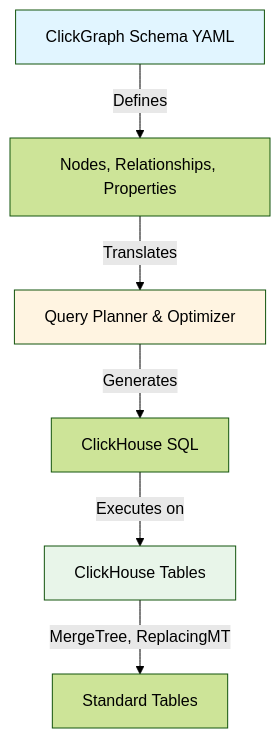
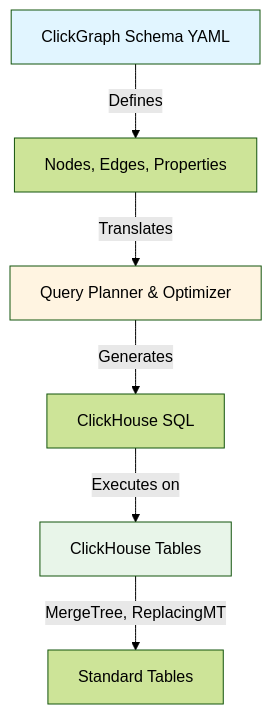
Before and after one commit to genezhang/clickgraph: the diagram in docs/wiki/Schema-Configuration-Advanced.md, drawn with Mermaid (forest theme). The commit also changed other lines of this file and 70 other files, not shown here.

````diff
--- a/docs/wiki/Schema-Configuration-Advanced.md
+++ b/docs/wiki/Schema-Configuration-Advanced.md
@@ -23,12 +23,12 @@
 ```mermaid
 graph TD
-    A[ClickGraph Schema YAML] -->|Defines| B[Nodes, Relationships, Properties]
+    A[ClickGraph Schema YAML] -->|Defines| B[Nodes, Edges, Properties]
     B -->|Translates| C[Query Planner & Optimizer]
     C -->|Generates| D[ClickHouse SQL]
     D -->|Executes on| E[ClickHouse Tables]
     E -->|MergeTree, ReplacingMT| F[Standard Tables]
     
     style A fill:#e1f5ff
     style C fill:#fff4e1
     style E fill:#e8f5e9
 ```
````
